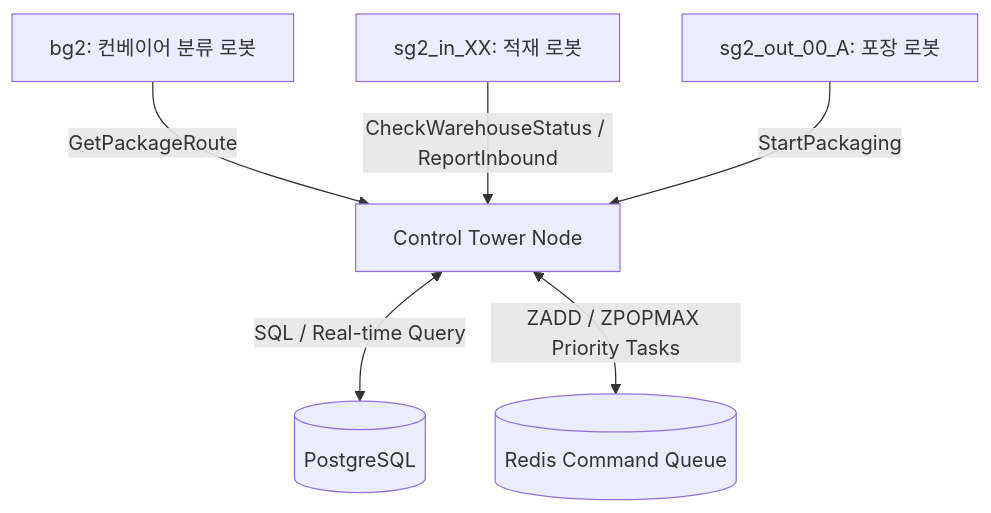
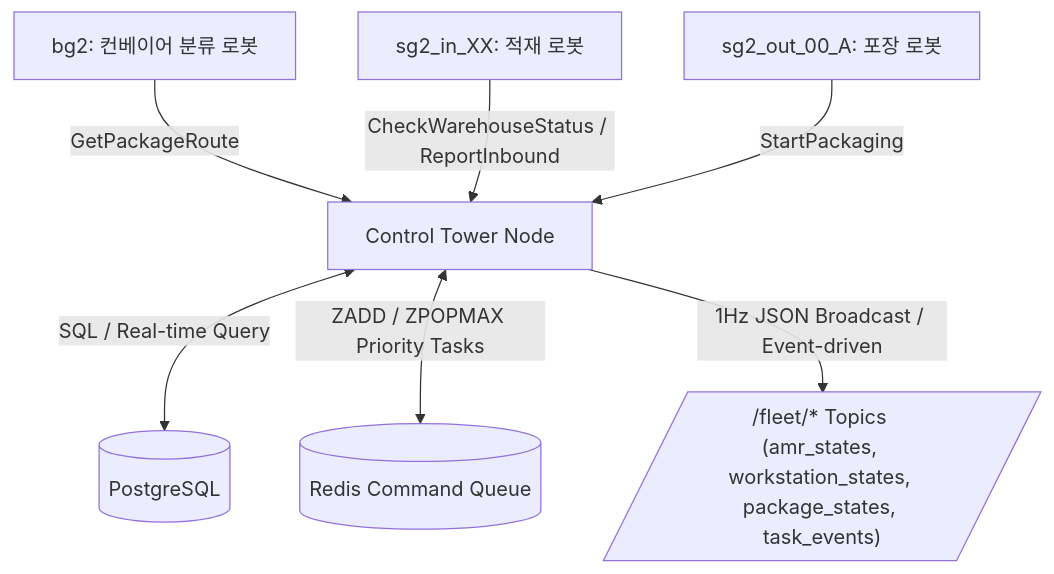
One commit to yjhyun0613/cobot3_ws changed the first of 2 diagrams in AI_AGENT_GUIDE.md. Above: the diagram before and after it, drawn with Mermaid. The commit also changed other lines of this file and 14 other files, not shown here.

Commit message:
feat: implement AMR hybrid communication architecture, /fleet status topics, update md specifications, and ignore large usd file

````diff
--- a/AI_AGENT_GUIDE.md
+++ b/AI_AGENT_GUIDE.md
@@ -14,8 +14,9 @@
 ```mermaid
 graph TD
     Sorter[bg2: 컨베이어 분류 로봇] -->|GetPackageRoute| CT[Control Tower Node]
     Inbound[sg2_in_XX: 적재 로봇] -->|CheckWarehouseStatus / ReportInbound| CT
     Outbound[sg2_out_00_A: 포장 로봇] -->|StartPackaging| CT
     CT <-->|SQL / Real-time Query| DB[(PostgreSQL)]
     CT <-->|ZADD / ZPOPMAX Priority Tasks| Redis[(Redis Command Queue)]
+    CT -->|1Hz JSON Broadcast / Event-driven| Fleet[/"/fleet/* Topics (amr_states, workstation_states, package_states, task_events)"/]
 ```
````
